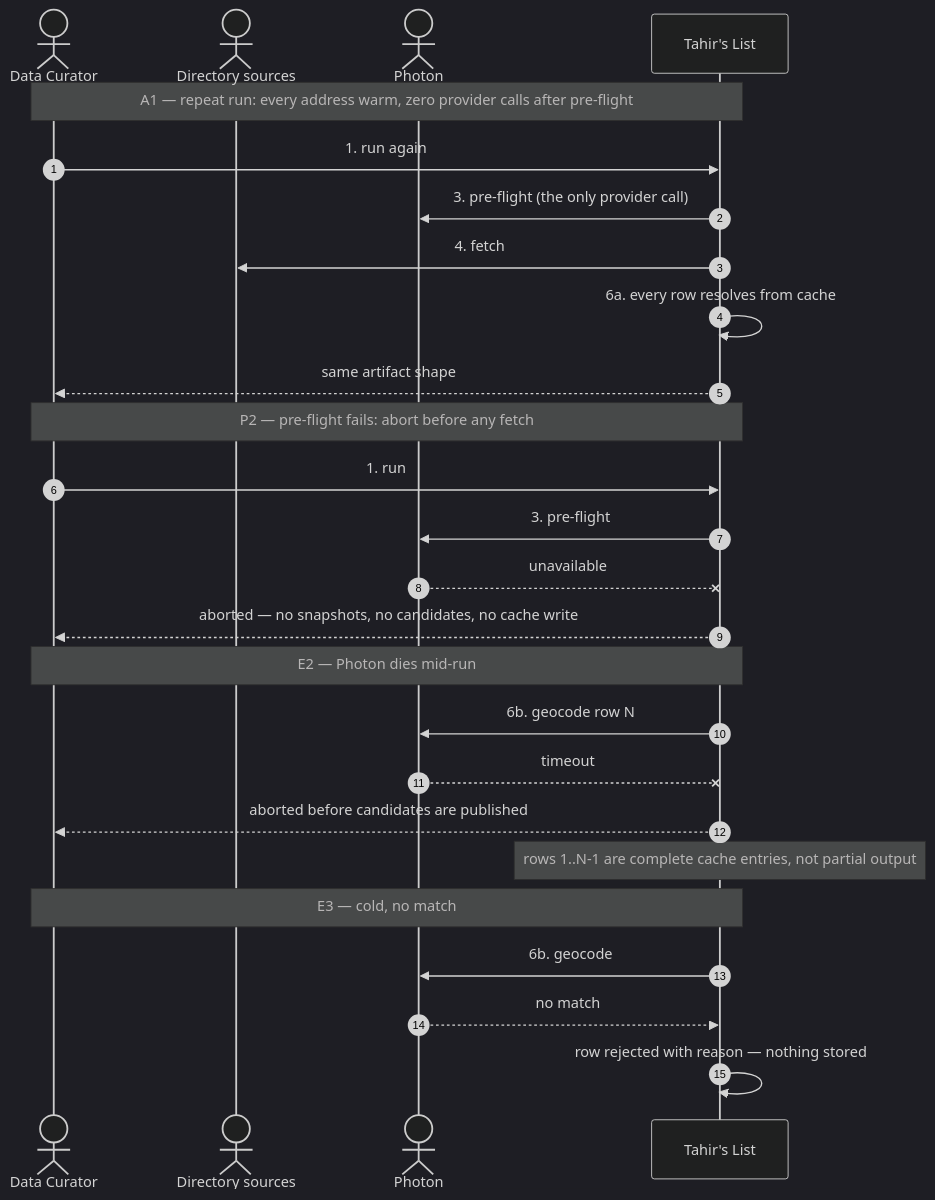
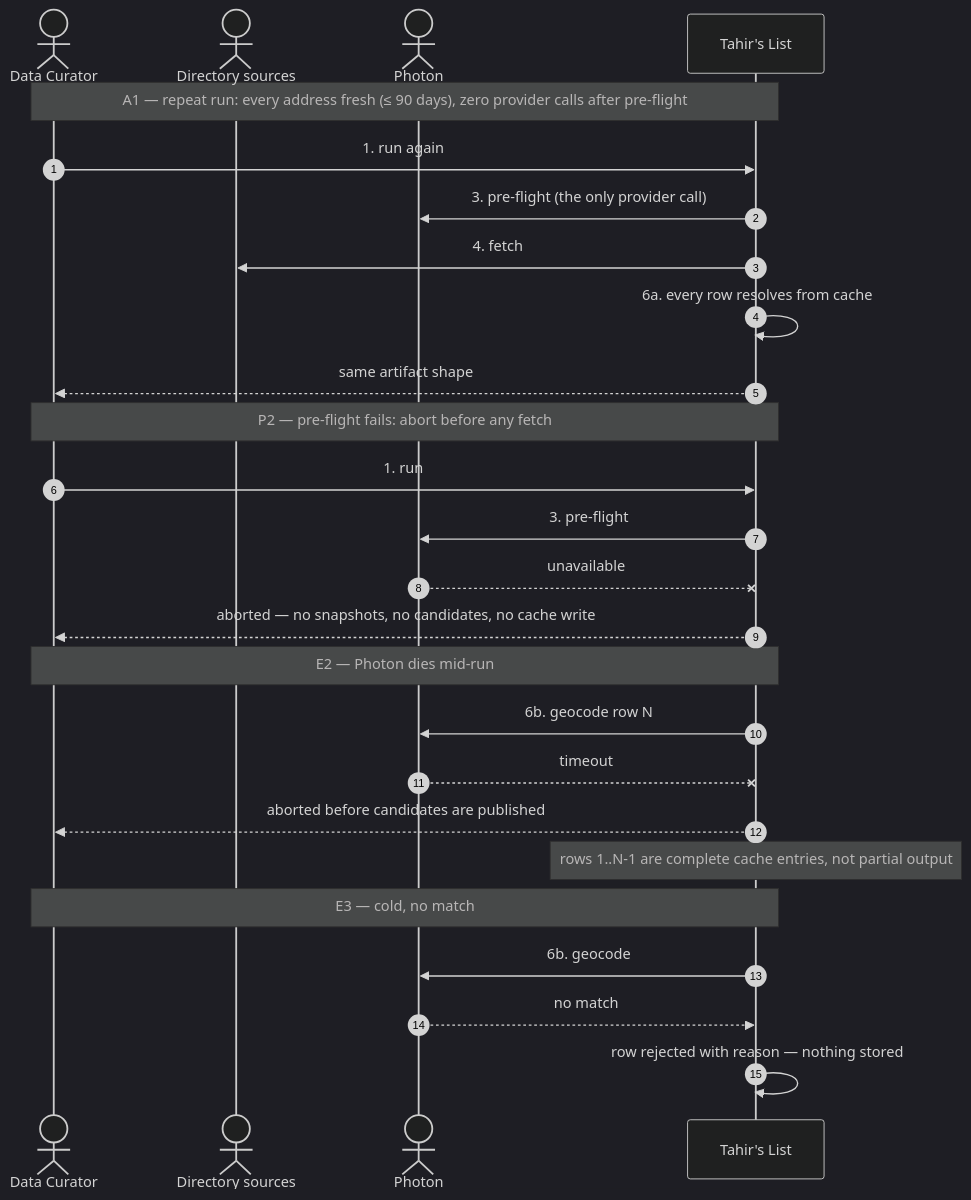
Before and after one commit to Losers-Lab/tahirs-list: the second of 2 diagrams in docs/features/SC-198/04-blackbox/UC-02-ingest-directory-batch.md, drawn with Mermaid (dark theme). The commit also changed other lines of this file and 9 other files, not shown here.

````diff
--- a/docs/features/SC-198/04-blackbox/UC-02-ingest-directory-batch.md
+++ b/docs/features/SC-198/04-blackbox/UC-02-ingest-directory-batch.md
@@ -44,32 +44,32 @@
 ```mermaid
 sequenceDiagram
   autonumber
   actor DC as Data Curator
   actor DS as Directory sources
   actor PH as Photon
   participant S as Tahir's List
 
-  Note over DC,S: A1 — repeat run: every address warm, zero provider calls after pre-flight
+  Note over DC,S: A1 — repeat run: every address fresh (≤ 90 days), zero provider calls after pre-flight
   DC->>S: 1. run again
   S->>PH: 3. pre-flight (the only provider call)
   S->>DS: 4. fetch
   S->>S: 6a. every row resolves from cache
   S-->>DC: same artifact shape
 
   Note over DC,S: P2 — pre-flight fails: abort before any fetch
   DC->>S: 1. run
   S->>PH: 3. pre-flight
   PH--xS: unavailable
   S-->>DC: aborted — no snapshots, no candidates, no cache write
 
   Note over DC,S: E2 — Photon dies mid-run
   S->>PH: 6b. geocode row N
   PH--xS: timeout
   S-->>DC: aborted before candidates are published
   Note over S: rows 1..N-1 are complete cache entries, not partial output
 
   Note over DC,S: E3 — cold, no match
   S->>PH: 6b. geocode
   PH-->>S: no match
   S->>S: row rejected with reason — nothing stored
 ```
````
